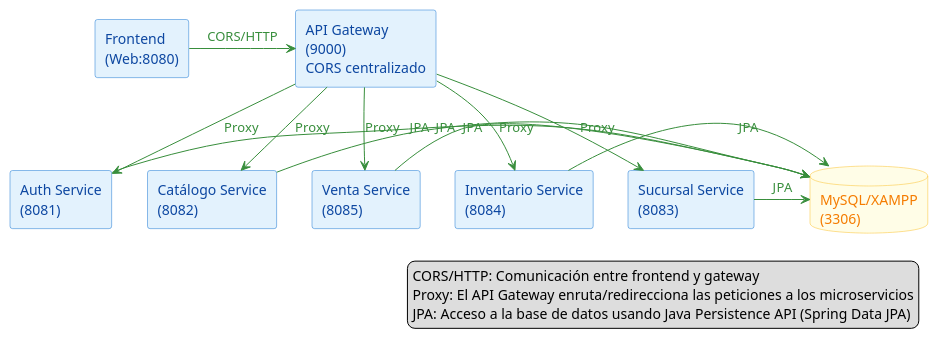
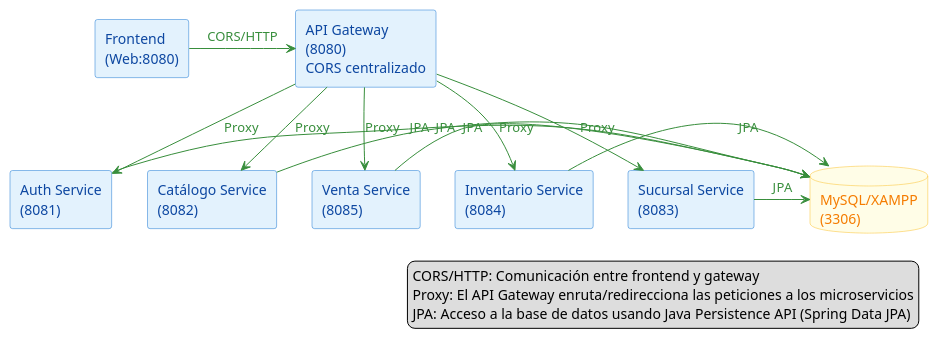
Before and after one commit to HecAguilaV/MasterBikes: the diagram in DiagramaArquitectura.puml, drawn with PlantUML. The commit also changed 13 other files, not shown here.

Commit message:
Se Actualiza puerto del api-gateway al 8080 y se crean los dockerfiles y docker-compose. Adicionalmente se actualizan los readme con instrucciones para dockerwizar el entorno

```diff
--- a/DiagramaArquitectura.puml
+++ b/DiagramaArquitectura.puml
@@ -1,43 +1,43 @@
 @startuml
 skinparam rectangle {
     BackgroundColor #e3f2fd
     BorderColor #1976d2
     FontColor #0d47a1
 }
 skinparam database {
     BackgroundColor #fffde7
     BorderColor #fbc02d
     FontColor #f57c00
 }
 skinparam ArrowColor #388e3c
 skinparam ArrowFontColor #388e3c
 
 rectangle "Frontend\n(Web:8080)" as Frontend
-rectangle "API Gateway\n(9000)\nCORS centralizado" as Gateway
+rectangle "API Gateway\n(8080)\nCORS centralizado" as Gateway
 rectangle "Auth Service\n(8081)" as Auth
 rectangle "Catálogo Service\n(8082)" as Catalogo
 rectangle "Venta Service\n(8085)" as Venta
 rectangle "Inventario Service\n(8084)" as Inventario
 rectangle "Sucursal Service\n(8083)" as Sucursal
 database "MySQL/XAMPP\n(3306)" as DB
 
 Frontend -right-> Gateway : CORS/HTTP
 Gateway -down-> Auth : Proxy
 Gateway -down-> Catalogo : Proxy
 Gateway -down-> Venta : Proxy
 Gateway -down-> Inventario : Proxy
 Gateway -down-> Sucursal : Proxy
 
 Auth -right-> DB : JPA
 Catalogo -right-> DB : JPA
 Venta -right-> DB : JPA
 Inventario -right-> DB : JPA
 Sucursal -right-> DB : JPA
 
 ' Leyenda
 legend right
   CORS/HTTP: Comunicación entre frontend y gateway
   Proxy: El API Gateway enruta/redirecciona las peticiones a los microservicios
   JPA: Acceso a la base de datos usando Java Persistence API (Spring Data JPA)
 endlegend
 @enduml
```
